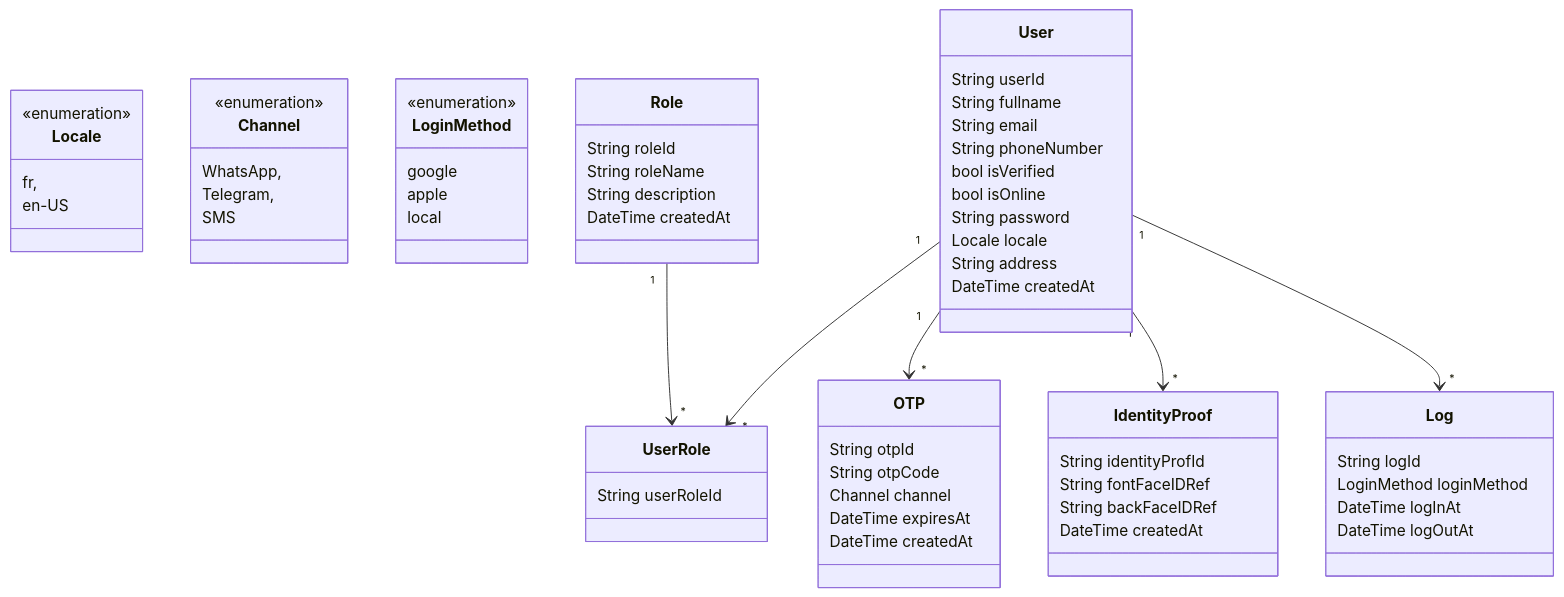
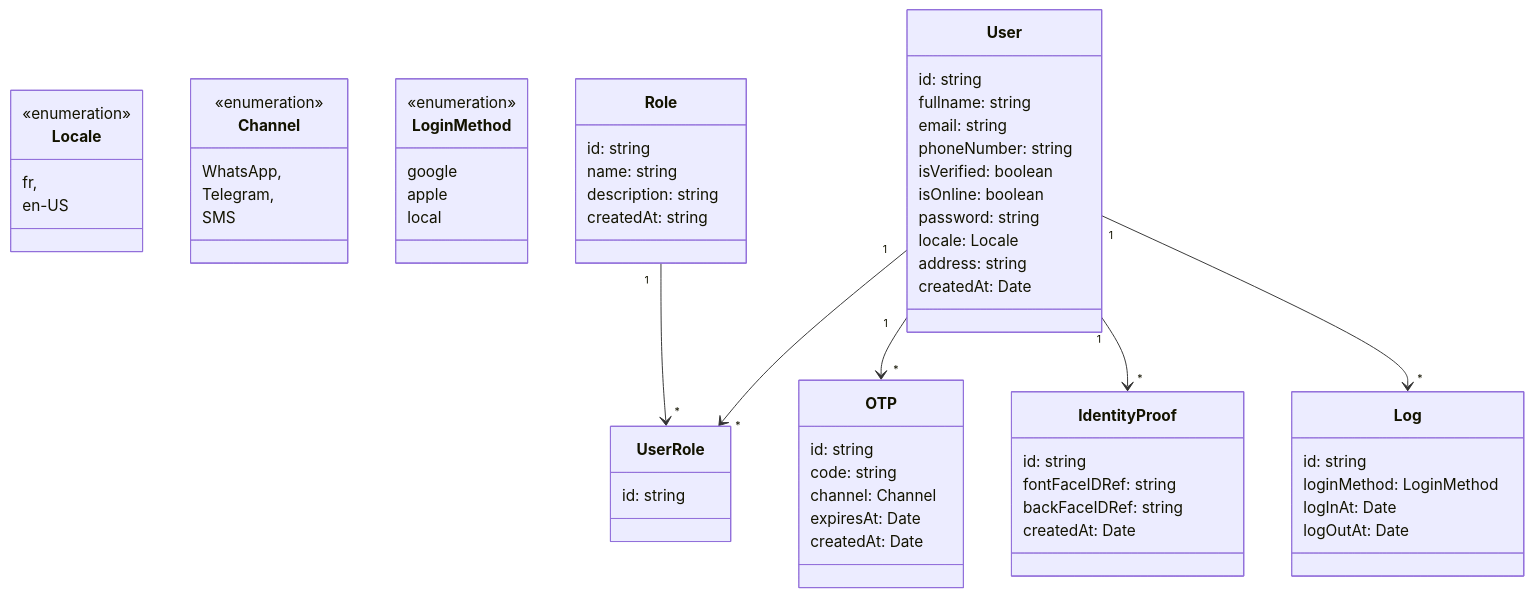
The diagram in docs/class-diagrams/auth-module.md (Hublot-Tech/hublot-app), drawn with Mermaid before and after one commit.

````diff
--- a/docs/class-diagrams/auth-module.md
+++ b/docs/class-diagrams/auth-module.md
@@ -1,65 +1,65 @@
 ```mermaid
  classDiagram
-      class Locale{
+      class Locale {
         <<enumeration>>
         fr,
         en-US
       }
-      class Channel{
+      class Channel {
         <<enumeration>>
         WhatsApp,
         Telegram,
         SMS
       }
-      class LoginMethod{
+      class LoginMethod {
         <<enumeration>>
         google
         apple
         local
       }
-      class Role{
-          String roleId
-          String roleName
-          String description
-          DateTime createdAt
+      class Role {
+          id: string
+          name: string
+          description: string
+          createdAt: string
        }
-      class OTP{
-          String otpId  
-          String otpCode
-          Channel channel
-          DateTime expiresAt
-          DateTime createdAt
+      class OTP {
+          id: string  
+          code: string
+          channel: Channel
+          expiresAt: Date
+          createdAt: Date
       }
-      class Log{
-          String logId
-          LoginMethod loginMethod
-          DateTime logInAt
-          DateTime logOutAt
+      class Log {
+          id: string
+          loginMethod: LoginMethod
+          logInAt: Date
+          logOutAt: Date
       }
-      class IdentityProof{
-          String identityProfId
-          String fontFaceIDRef
-          String backFaceIDRef
-          DateTime createdAt
+      class IdentityProof {
+          id: string
+          fontFaceIDRef: string
+          backFaceIDRef: string
+          createdAt: Date
       }
-      class User{
-          String userId
-          String fullname
-          String email
-          String phoneNumber
-          bool isVerified
-          bool isOnline
-          String password
-          Locale locale
-          String address
-          DateTime createdAt
+      class User {
+          id: string
+          fullname: string
+          email: string
+          phoneNumber: string
+          isVerified: boolean
+          isOnline: boolean
+          password: string
+          locale: Locale
+          address: string
+          createdAt: Date
       }
-      class UserRole{
-          String userRoleId
+      class UserRole {
+          id: string
       }
       User "1" --> "*" UserRole
       Role "1" --> "*" UserRole
       User "1" --> "*" OTP
       User "1" --> "*" IdentityProof
       User "1" --> "*" Log
 ```
````
